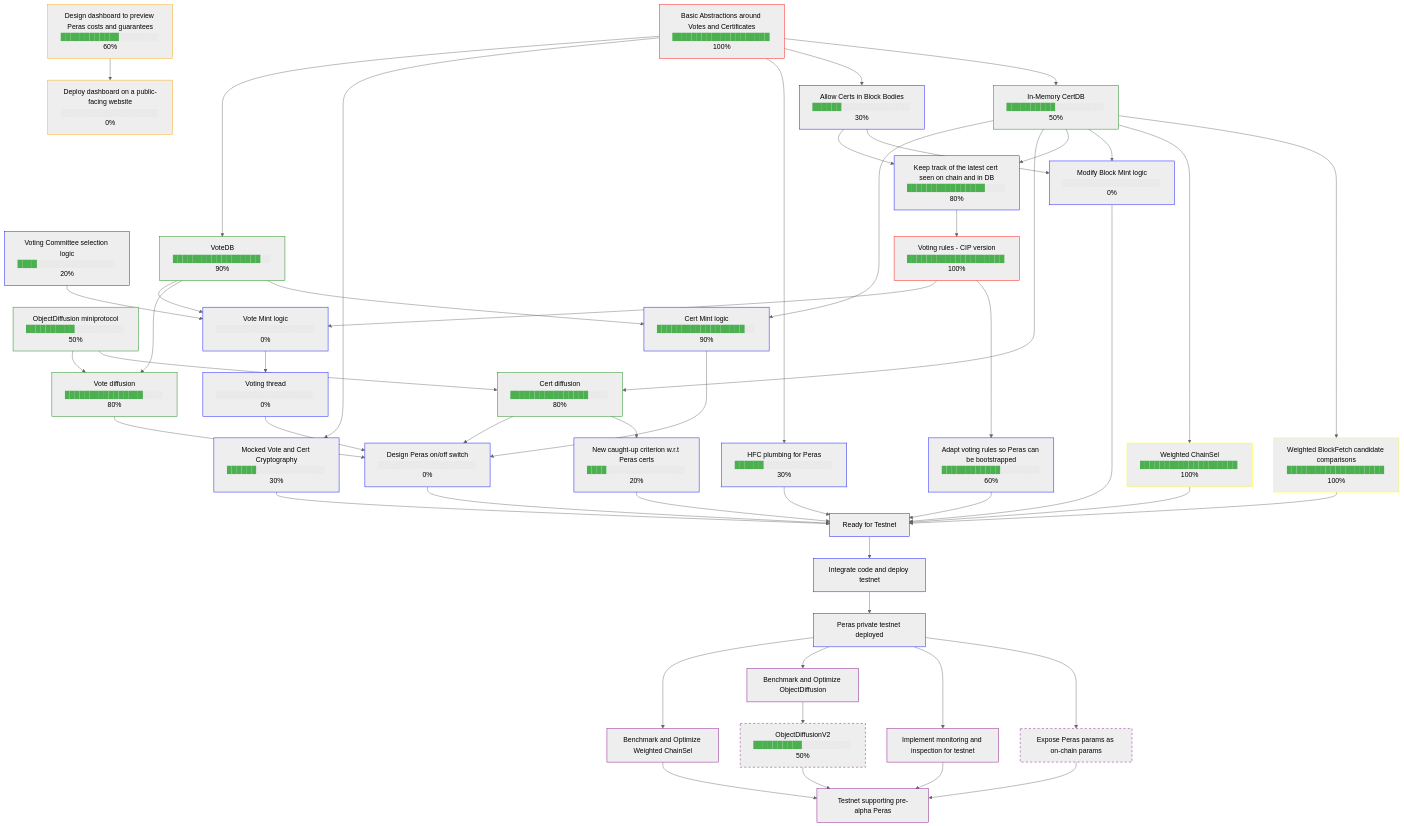
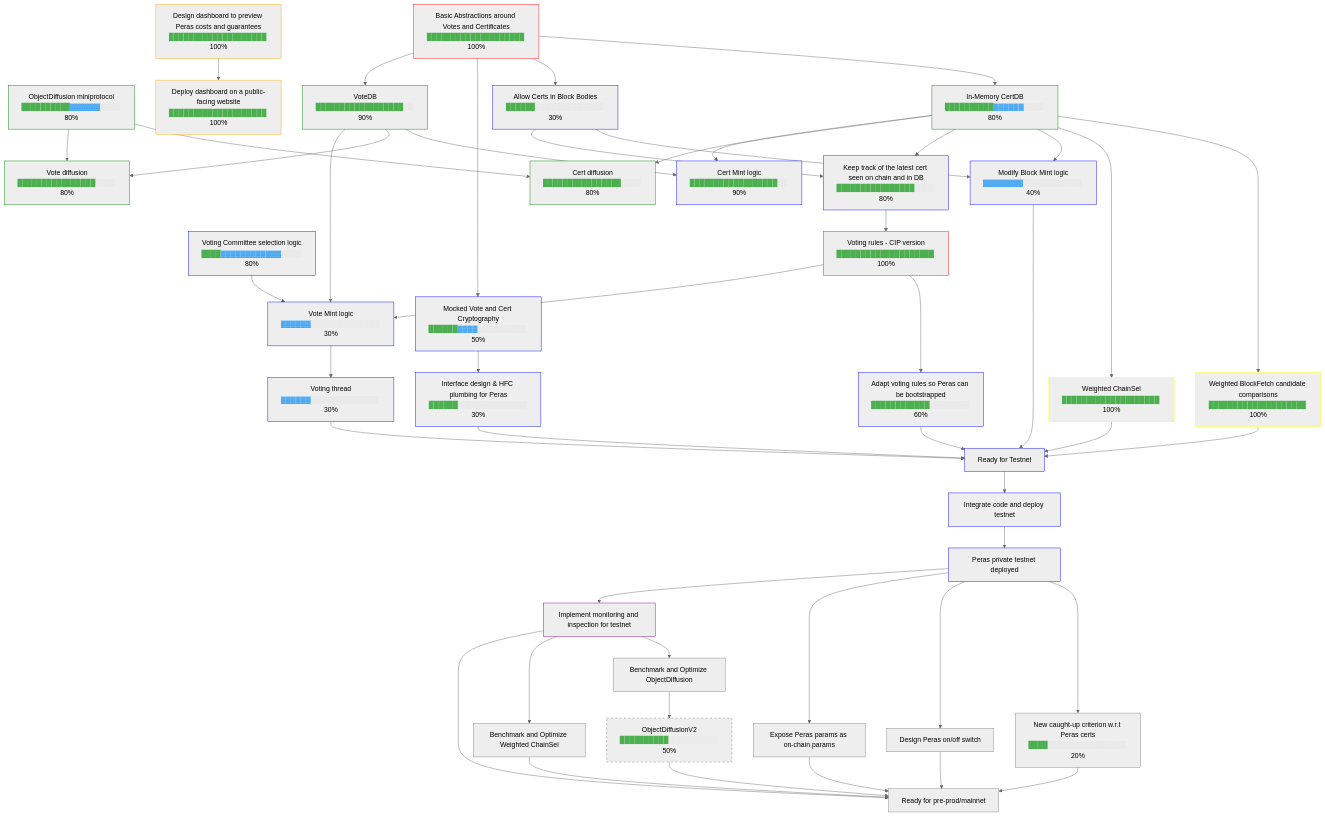
Before and after one commit to tweag/cardano-peras: the diagram in docs/roadmap.md, drawn with Mermaid (neutral theme). The commit also changed 2 other files, not shown here.

Commit message:
Update roadmap with March progress

````diff
--- a/docs/roadmap.md
+++ b/docs/roadmap.md
@@ -3,16 +3,16 @@
   BasicAbstr["Basic Abstractions around Votes and Certificates<br/><span style="color:#4caf50">████████████████████</span> 100%"]
   style BasicAbstr stroke:red
 
-  ObjectDiffusion["ObjectDiffusion miniprotocol<br/><span style="color:#4caf50">██████████</span><span style="color:#ccc">░░░░░░░░░░</span> 50%"]
+  ObjectDiffusion["ObjectDiffusion miniprotocol<br/><span style="color:#4caf50">██████████</span><span style="color:#2196f3">▓▓▓▓▓▓</span><span style="color:#ccc">░░░░</span> 80%"]
   style ObjectDiffusion stroke:green
 
-  VotingCommittee["Voting Committee selection logic<br/><span style="color:#4caf50">████</span><span style="color:#ccc">░░░░░░░░░░░░░░░░</span> 20%"]
+  VotingCommittee["Voting Committee selection logic<br/><span style="color:#4caf50">████</span><span style="color:#2196f3">▓▓▓▓▓▓▓▓▓▓▓▓</span><span style="color:#ccc">░░░░</span> 80%"]
   style VotingCommittee stroke:blue
 
-  Dashboard["Design dashboard to preview Peras costs and guarantees<br/><span style="color:#4caf50">████████████</span><span style="color:#ccc">░░░░░░░░</span> 60%"]
+  Dashboard["Design dashboard to preview Peras costs and guarantees<br/><span style="color:#4caf50">████████████████████</span> 100%"]
   style Dashboard stroke:orange
 
-  CertDB["In-Memory CertDB<br/><span style="color:#4caf50">██████████</span><span style="color:#ccc">░░░░░░░░░░</span> 50%"]
+  CertDB["In-Memory CertDB<br/><span style="color:#4caf50">██████████</span><span style="color:#2196f3">▓▓▓▓▓▓</span><span style="color:#ccc">░░░░</span> 80%"]
   style CertDB stroke:green
   BasicAbstr --> CertDB
 
@@ -20,15 +20,15 @@
   style CertsInBlocks stroke:blue
   BasicAbstr --> CertsInBlocks
 
-  DeployDashboard["Deploy dashboard on a public-facing website<br/><span style="color:#ccc">░░░░░░░░░░░░░░░░░░░░</span> 0%"]
+  DeployDashboard["Deploy dashboard on a public-facing website<br/><span style="color:#4caf50">████████████████████</span> 100%"]
   style DeployDashboard stroke:orange
   Dashboard --> DeployDashboard
 
-  HFCPlumbing["HFC plumbing for Peras<br/><span style="color:#4caf50">██████</span><span style="color:#ccc">░░░░░░░░░░░░░░</span> 30%"]
+  HFCPlumbing["Interface design & HFC plumbing for Peras<br/><span style="color:#4caf50">██████</span><span style="color:#ccc">░░░░░░░░░░░░░░</span> 30%"]
   style HFCPlumbing stroke:blue
-  BasicAbstr --> HFCPlumbing
+  MockedCrypto --> HFCPlumbing
 
-  MockedCrypto["Mocked Vote and Cert Cryptography<br/><span style="color:#4caf50">██████</span><span style="color:#ccc">░░░░░░░░░░░░░░</span> 30%"]
+  MockedCrypto["Mocked Vote and Cert Cryptography<br/><span style="color:#4caf50">██████</span><span style="color:#2196f3">▓▓▓▓</span><span style="color:#ccc">░░░░░░░░░░</span> 50%"]
   style MockedCrypto stroke:blue
   BasicAbstr --> MockedCrypto
 
@@ -44,7 +44,7 @@
   style WeightedChainSel stroke:yellow
   CertDB --> WeightedChainSel
 
-  BlockMint["Modify Block Mint logic<br/><span style="color:#ccc">░░░░░░░░░░░░░░░░░░░░</span> 0%"]
+  BlockMint["Modify Block Mint logic<br/><span style="color:#2196f3">▓▓▓▓▓▓▓▓</span><span style="color:#ccc">░░░░░░░░░░░░</span> 40%"]
   style BlockMint stroke:blue
   CertDB --> BlockMint
   CertsInBlocks --> BlockMint
@@ -64,8 +64,8 @@
   ObjectDiffusion --> CertDiffusion
 
   CaughtUpCriterion["New caught-up criterion w.r.t Peras certs<br/><span style="color:#4caf50">████</span><span style="color:#ccc">░░░░░░░░░░░░░░░░</span> 20%"]
-  style CaughtUpCriterion stroke:blue
-  CertDiffusion --> CaughtUpCriterion
+  style CaughtUpCriterion stroke:grey
+  Testnet --> CaughtUpCriterion
 
   CertMint["Cert Mint logic<br/><span style="color:#4caf50">██████████████████</span><span style="color:#ccc">░░</span> 90%"]
   style CertMint stroke:blue
@@ -81,33 +81,28 @@
   style Bootstrap stroke:blue
   VotingRules --> Bootstrap
 
-  VoteMint["Vote Mint logic<br/><span style="color:#ccc">░░░░░░░░░░░░░░░░░░░░</span> 0%"]
+  VoteMint["Vote Mint logic<br/><span style="color:#2196f3">▓▓▓▓▓▓</span><span style="color:#ccc">░░░░░░░░░░░░░░</span> 30%"]
   style VoteMint stroke:blue
   VoteDB --> VoteMint
   VotingCommittee --> VoteMint
   VotingRules --> VoteMint
 
-  VotingThread["Voting thread<br/><span style="color:#ccc">░░░░░░░░░░░░░░░░░░░░</span> 0%"]
+  VotingThread["Voting thread<br/><span style="color:#2196f3">▓▓▓▓▓▓</span><span style="color:#ccc">░░░░░░░░░░░░░░</span> 30%"]
   style VotingThread stroke:blue
   VoteMint --> VotingThread
 
-  KillSwitch["Design Peras on/off switch<br/><span style="color:#ccc">░░░░░░░░░░░░░░░░░░░░</span> 0%"]
-  style KillSwitch stroke:blue
-  CertDiffusion --> KillSwitch
-  CertMint --> KillSwitch
-  VoteDiffusion --> KillSwitch
-  VotingThread --> KillSwitch
+  KillSwitch["Design Peras on/off switch"]
+  style KillSwitch stroke:grey
+  Testnet --> KillSwitch
 
   ReadyForTestnet["Ready for Testnet"]
   style ReadyForTestnet stroke:blue
   BlockMint --> ReadyForTestnet
   Bootstrap --> ReadyForTestnet
-  CaughtUpCriterion --> ReadyForTestnet
   HFCPlumbing --> ReadyForTestnet
-  KillSwitch --> ReadyForTestnet
-  MockedCrypto --> ReadyForTestnet
   WeightedBlockFetch --> ReadyForTestnet
   WeightedChainSel --> ReadyForTestnet
+  VotingThread --> ReadyForTestnet
 
   Deploy["Integrate code and deploy testnet"]
   style Deploy stroke:blue
@@ -118,7 +113,7 @@
   Deploy --> Testnet
 
   ExposeParams["Expose Peras params as on-chain params"]
-  style ExposeParams stroke:purple,stroke-dasharray:5
+  style ExposeParams stroke:grey
   Testnet --> ExposeParams
 
   Monitoring["Implement monitoring and inspection for testnet"]
@@ -126,22 +121,24 @@
   Testnet --> Monitoring
 
   OptimizeObjectDiffusion["Benchmark and Optimize ObjectDiffusion"]
-  style OptimizeObjectDiffusion stroke:purple
-  Testnet --> OptimizeObjectDiffusion
+  style OptimizeObjectDiffusion stroke:grey
+  Monitoring --> OptimizeObjectDiffusion
 
   OptimizeWeightedSel["Benchmark and Optimize Weighted ChainSel"]
-  style OptimizeWeightedSel stroke:purple
-  Testnet --> OptimizeWeightedSel
+  style OptimizeWeightedSel stroke:grey
+  Monitoring --> OptimizeWeightedSel
 
   ObjectDiffusionV2["ObjectDiffusionV2<br/><span style="color:#4caf50">██████████</span><span style="color:#ccc">░░░░░░░░░░</span> 50%"]
-  style ObjectDiffusionV2 stroke:purple,stroke-dasharray:5
+  style ObjectDiffusionV2 stroke:grey,stroke-dasharray:5
   OptimizeObjectDiffusion --> ObjectDiffusionV2
 
-  TestnetCaughtUp["Testnet supporting pre-alpha Peras"]
-  style TestnetCaughtUp stroke:purple
+  TestnetCaughtUp["Ready for pre-prod/mainnet"]
+  style TestnetCaughtUp stroke:grey
   ExposeParams --> TestnetCaughtUp
   Monitoring --> TestnetCaughtUp
   ObjectDiffusionV2 --> TestnetCaughtUp
   OptimizeWeightedSel --> TestnetCaughtUp
+  KillSwitch --> TestnetCaughtUp
+  CaughtUpCriterion --> TestnetCaughtUp
 
 ```
````
